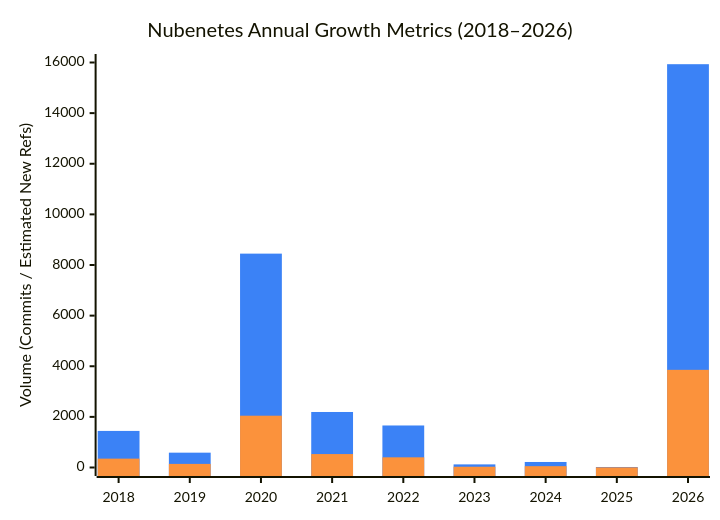
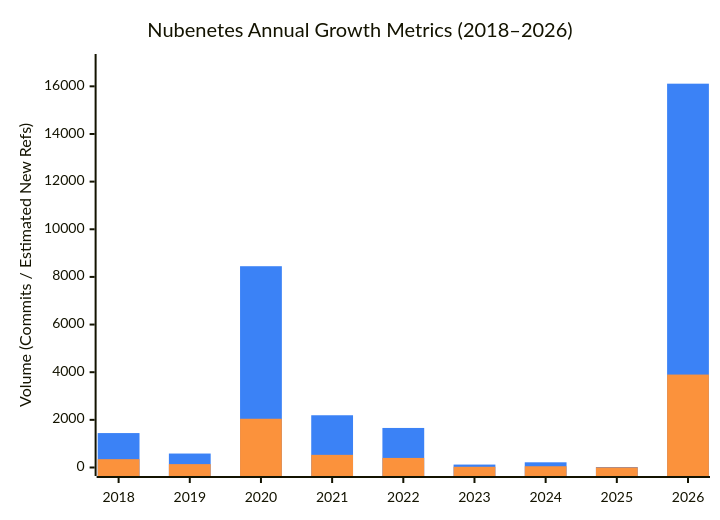
Before and after one commit to nubenetes/awesome-kubernetes: the first of 14 diagrams in README.md, drawn with Mermaid. The commit also changed other lines of this file, not shown here.

Commit message:
docs: automated README metric synchronization [skip ci]

````diff
--- a/README.md
+++ b/README.md
@@ -269,15 +269,15 @@
 ```mermaid
 ---
 config:
   themeVariables:
     xyChart:
       plotColorPalette: '#3b82f6, #fb923c'
   theme: mc
 ---
 xychart-beta
     title "Nubenetes Annual Growth Metrics (2018–2026)"
     x-axis ["2018", "2019", "2020", "2021", "2022", "2023", "2024", "2025", "2026"]
-    y-axis "Volume (Commits / Estimated New Refs)" 0 --> 16000
-    bar [1445, 586, 8449, 2193, 1660, 123, 218, 20, 15933]
-    bar [350, 142, 2046, 531, 402, 30, 53, 5, 3858]
+    y-axis "Volume (Commits / Estimated New Refs)" 0 --> 17000
+    bar [1445, 586, 8449, 2193, 1660, 123, 218, 20, 16111]
+    bar [350, 142, 2046, 531, 402, 30, 53, 5, 3901]
 ```
````
